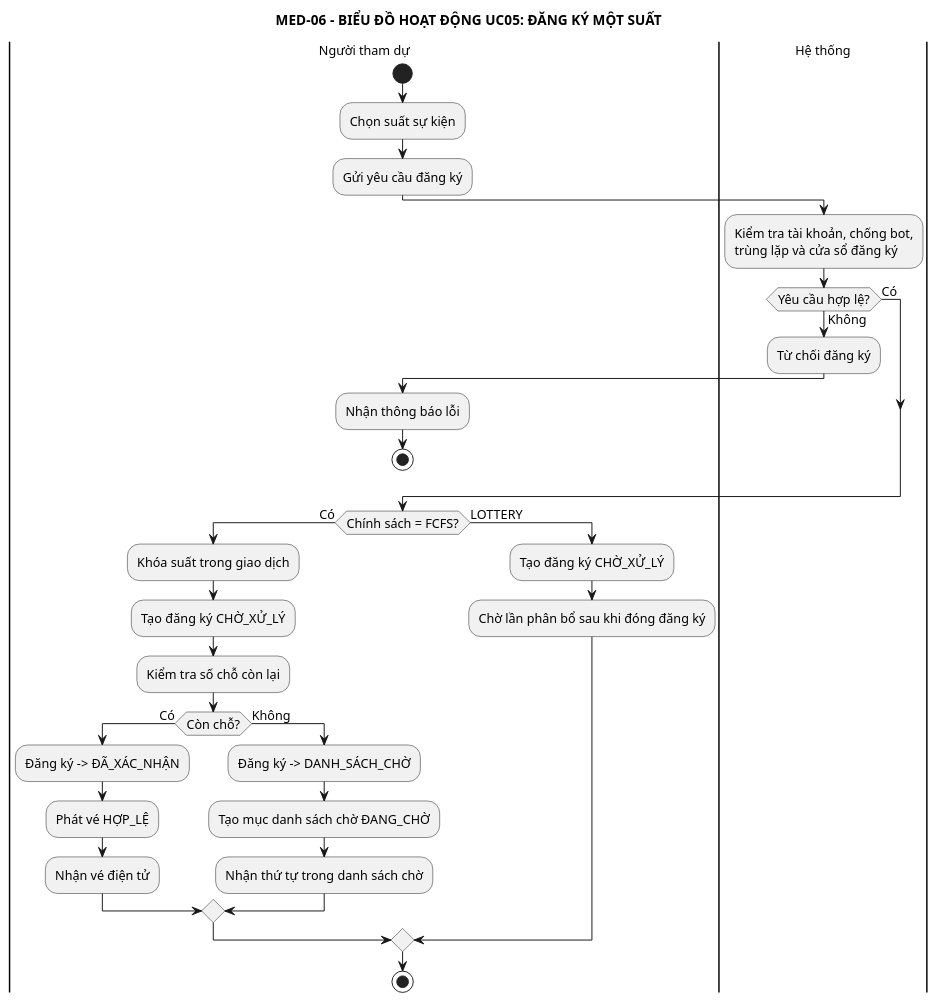
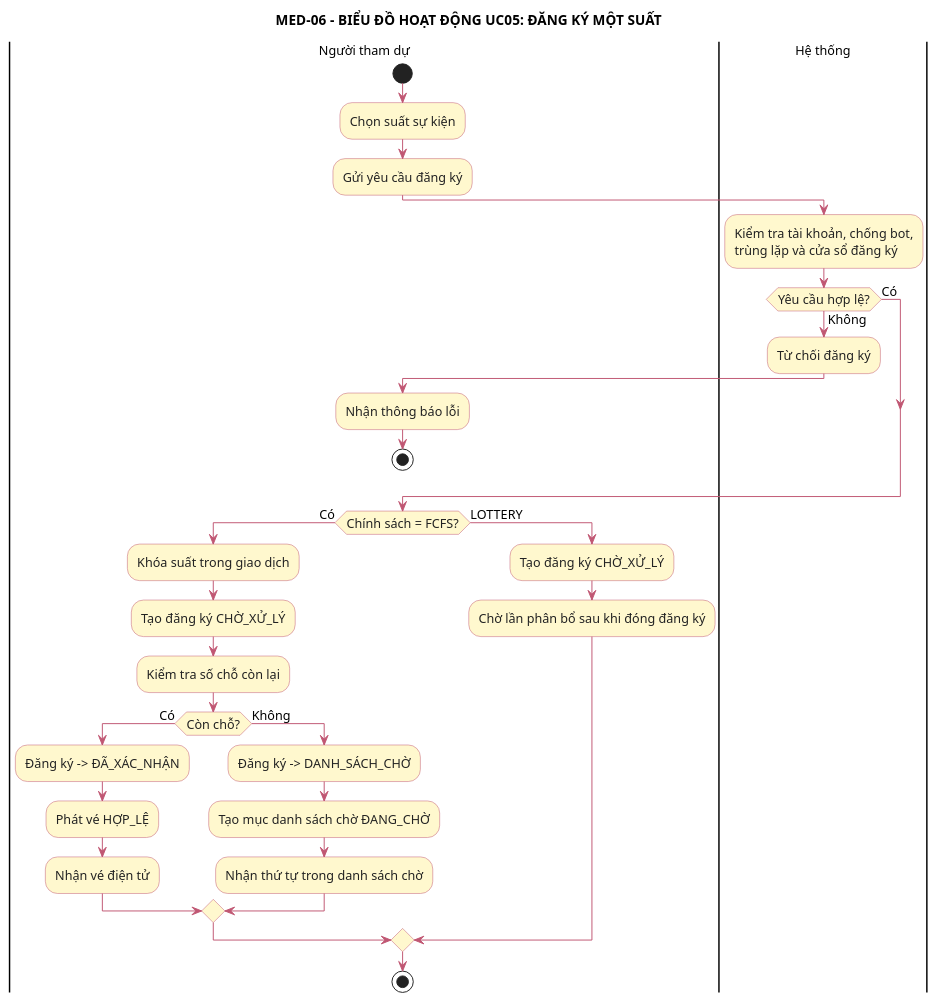
The diagram in PTTK/06_Activity/01-registration-flow.puml (anh632k-ui/OOP-DoAn), drawn with PlantUML before and after one commit. The commit also changed 4 other files, not shown here.

```diff
--- a/PTTK/06_Activity/01-registration-flow.puml
+++ b/PTTK/06_Activity/01-registration-flow.puml
@@ -1,41 +1,46 @@
 @startuml
-skinparam monochrome true
+skinparam activity {
+ BackgroundColor #FFF8CE
+ BorderColor #C05773
+ ArrowColor #C05773
+ FontColor #222222
+}
 skinparam shadowing false
 skinparam defaultFontSize 13
 title MED-06 - BIỂU ĐỒ HOẠT ĐỘNG UC05: ĐĂNG KÝ MỘT SUẤT
 |Người tham dự|
 start
 :Chọn suất sự kiện;
 :Gửi yêu cầu đăng ký;
 |Hệ thống|
 :Kiểm tra tài khoản, chống bot,
 trùng lặp và cửa sổ đăng ký;
 if (Yêu cầu hợp lệ?) then (Có)
 else (Không)
   :Từ chối đăng ký;
   |Người tham dự|
   :Nhận thông báo lỗi;
   stop
 endif
 if (Chính sách = FCFS?) then (Có)
   :Khóa suất trong giao dịch;
   :Tạo đăng ký CHỜ_XỬ_LÝ;
   :Kiểm tra số chỗ còn lại;
   if (Còn chỗ?) then (Có)
     :Đăng ký -> ĐÃ_XÁC_NHẬN;
     :Phát vé HỢP_LỆ;
     |Người tham dự|
     :Nhận vé điện tử;
   else (Không)
     :Đăng ký -> DANH_SÁCH_CHỜ;
     :Tạo mục danh sách chờ ĐANG_CHỜ;
     |Người tham dự|
     :Nhận thứ tự trong danh sách chờ;
   endif
 else (LOTTERY)
   :Tạo đăng ký CHỜ_XỬ_LÝ;
   |Người tham dự|
   :Chờ lần phân bổ sau khi đóng đăng ký;
 endif
 stop
 @enduml
```
